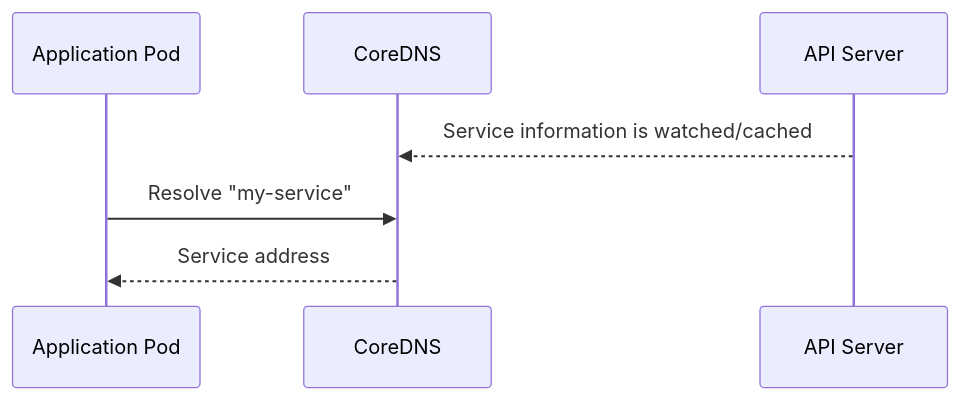
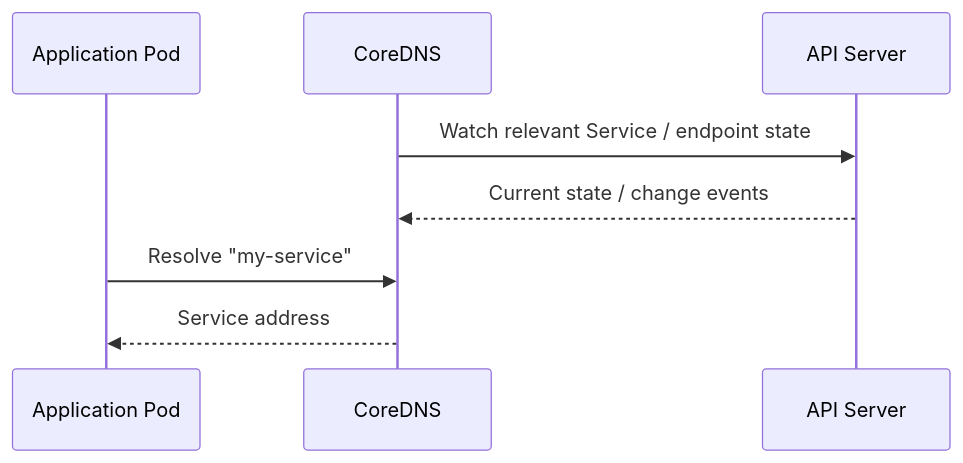
One commit to karthikreddy432/CKAD changed diagram 11 of 22 in kubernetes-architecture-and-communication-flow.md. Above: the diagram before and after it, drawn with Mermaid. The commit also changed other lines of this file and 13 other files, not shown here.

````diff
--- a/kubernetes-architecture-and-communication-flow.md
+++ b/kubernetes-architecture-and-communication-flow.md
@@ -596,10 +635,11 @@
 ```mermaid
 sequenceDiagram
     participant App as Application Pod
     participant DNS as CoreDNS
     participant API as API Server
 
-    API-->>DNS: Service information is watched/cached
+    DNS->>API: Watch relevant Service / endpoint state
+    API-->>DNS: Current state / change events
     App->>DNS: Resolve "my-service"
     DNS-->>App: Service address
 ```
````
